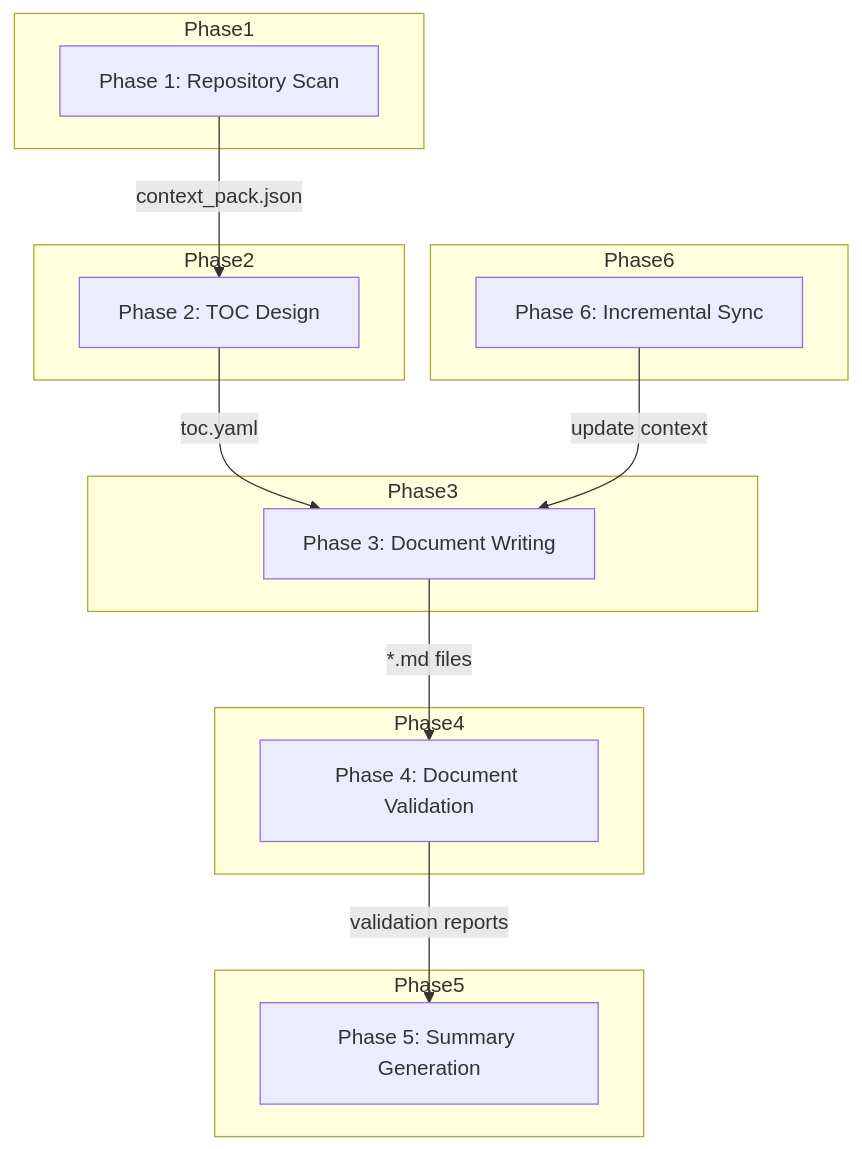
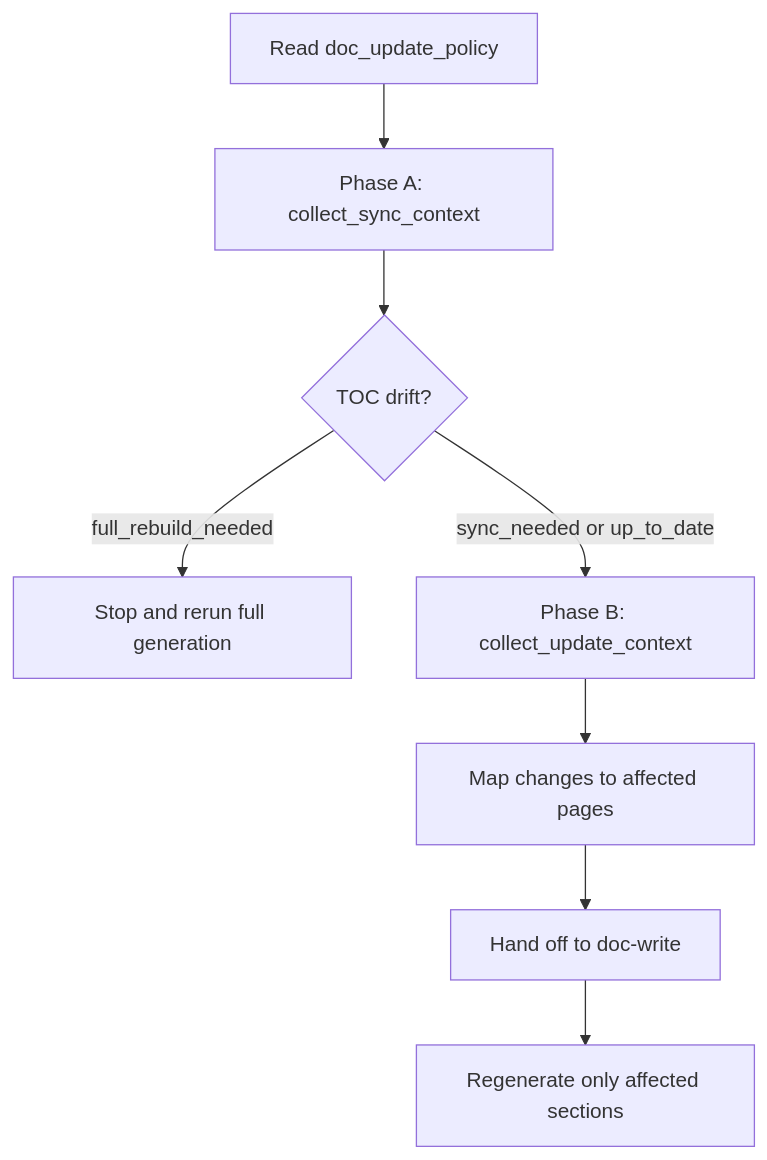
Before and after one commit to natsu1211/deepwiki-skill: the second of 2 diagrams in docs/wiki/03_workflow.md, drawn with Mermaid. The commit also changed other lines of this file and 10 other files, not shown here.

````diff
--- a/docs/wiki/03_workflow.md
+++ b/docs/wiki/03_workflow.md
@@ -29,32 +139,10 @@
 ```mermaid
 graph TD
-    subgraph Phase1
-        A["Phase 1: Repository Scan"]
-    end
-
-    subgraph Phase2
-        B["Phase 2: TOC Design"]
-    end
-
-    subgraph Phase3
-        C["Phase 3: Document Writing"]
-    end
-
-    subgraph Phase4
-        D["Phase 4: Document Validation"]
-    end
-
-    subgraph Phase5
-        E["Phase 5: Summary Generation"]
-    end
-
-    subgraph Phase6
-        F["Phase 6: Incremental Sync"]
-    end
-
-    A -->|"context_pack.json"| B
-    B -->|"toc.yaml"| C
-    C -->|"*.md files"| D
-    D -->|"validation reports"| E
-    F -->|"update context"| C
+    A["Read doc_update_policy"] --> B["Phase A: collect_sync_context"]
+    B --> C{"TOC drift?"}
+    C -->|"full_rebuild_needed"| D["Stop and rerun full generation"]
+    C -->|"sync_needed or up_to_date"| E["Phase B: collect_update_context"]
+    E --> F["Map changes to affected pages"]
+    F --> G["Hand off to doc-write"]
+    G --> H["Regenerate only affected sections"]
 ```
````
